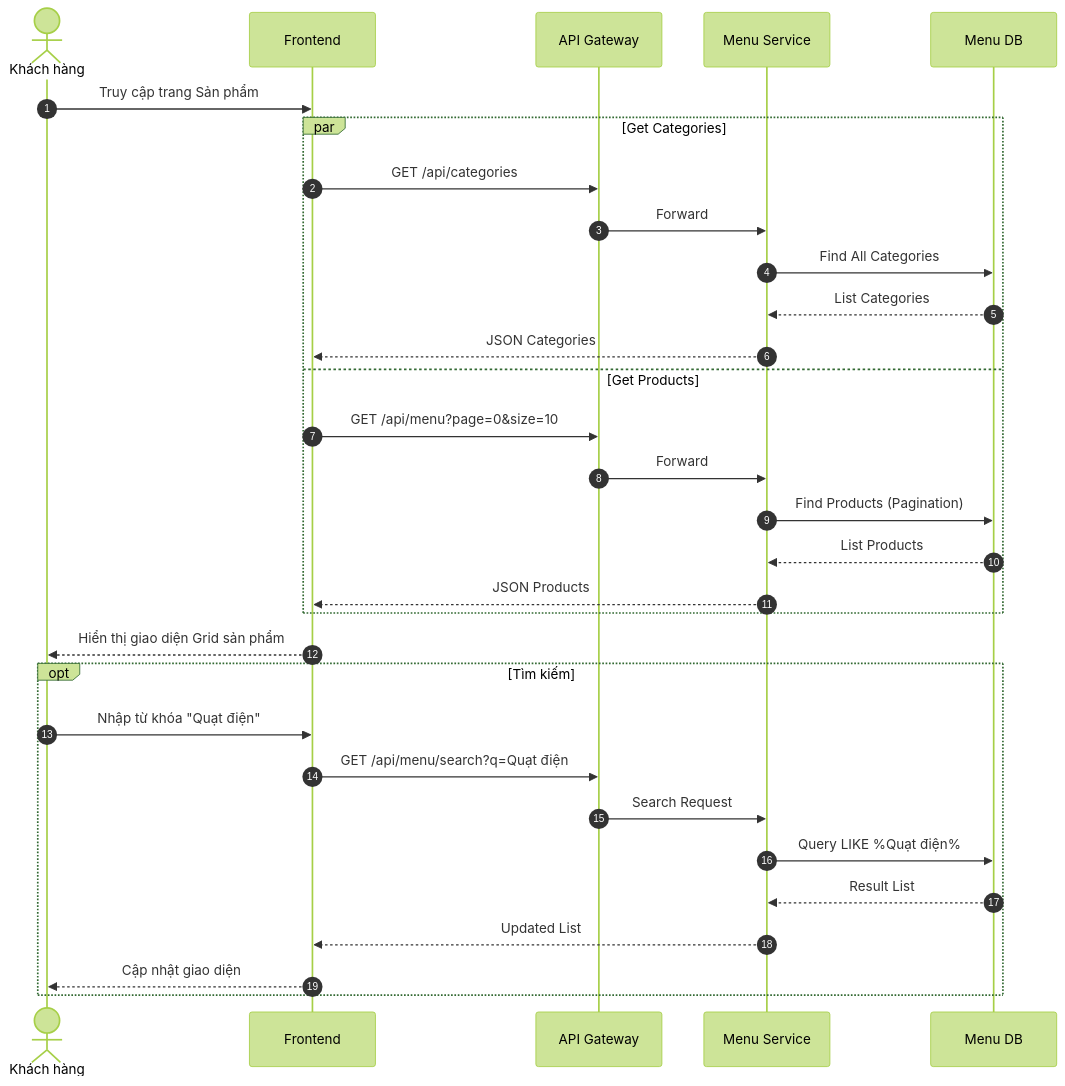
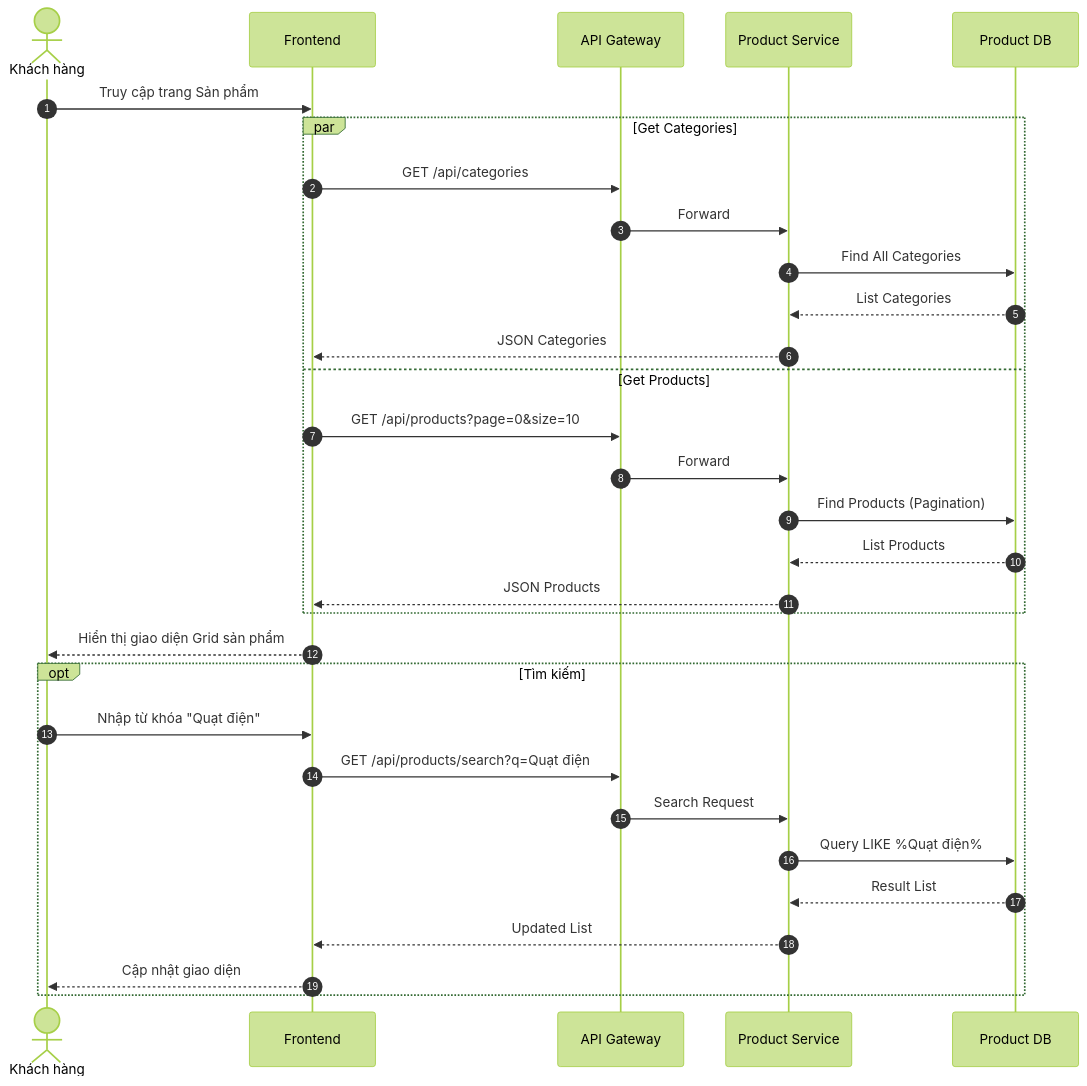
The third of 6 diagrams in MO_TA_CHI_TIET_CHUC_NANG.md (sonfithaui04-del/bachhome-ecommerce), drawn with Mermaid (forest theme) before and after one commit. The commit also changed other lines of this file and 21 other files, not shown here.

````diff
--- a/MO_TA_CHI_TIET_CHUC_NANG.md
+++ b/MO_TA_CHI_TIET_CHUC_NANG.md
@@ -175,35 +175,35 @@
 ```mermaid
 sequenceDiagram
     autonumber
     actor U as Khách hàng
     participant FE as Frontend
     participant GW as API Gateway
-    participant Menu as Menu Service
-    participant DB as Menu DB
+    participant Product as Product Service
+    participant DB as Product DB
 
     U->>FE: Truy cập trang Sản phẩm
     par Get Categories
         FE->>GW: GET /api/categories
-        GW->>Menu: Forward
-        Menu->>DB: Find All Categories
-        DB-->>Menu: List Categories
-        Menu-->>FE: JSON Categories
+        GW->>Product: Forward
+        Product->>DB: Find All Categories
+        DB-->>Product: List Categories
+        Product-->>FE: JSON Categories
     and Get Products
-        FE->>GW: GET /api/menu?page=0&size=10
-        GW->>Menu: Forward
-        Menu->>DB: Find Products (Pagination)
-        DB-->>Menu: List Products
-        Menu-->>FE: JSON Products
+        FE->>GW: GET /api/products?page=0&size=10
+        GW->>Product: Forward
+        Product->>DB: Find Products (Pagination)
+        DB-->>Product: List Products
+        Product-->>FE: JSON Products
     end
     FE-->>U: Hiển thị giao diện Grid sản phẩm
     
     opt Tìm kiếm
         U->>FE: Nhập từ khóa "Quạt điện"
-        FE->>GW: GET /api/menu/search?q=Quạt điện
-        GW->>Menu: Search Request
-        Menu->>DB: Query LIKE %Quạt điện%
-        DB-->>Menu: Result List
-        Menu-->>FE: Updated List
+        FE->>GW: GET /api/products/search?q=Quạt điện
+        GW->>Product: Search Request
+        Product->>DB: Query LIKE %Quạt điện%
+        DB-->>Product: Result List
+        Product-->>FE: Updated List
         FE-->>U: Cập nhật giao diện
     end
 ```
````
